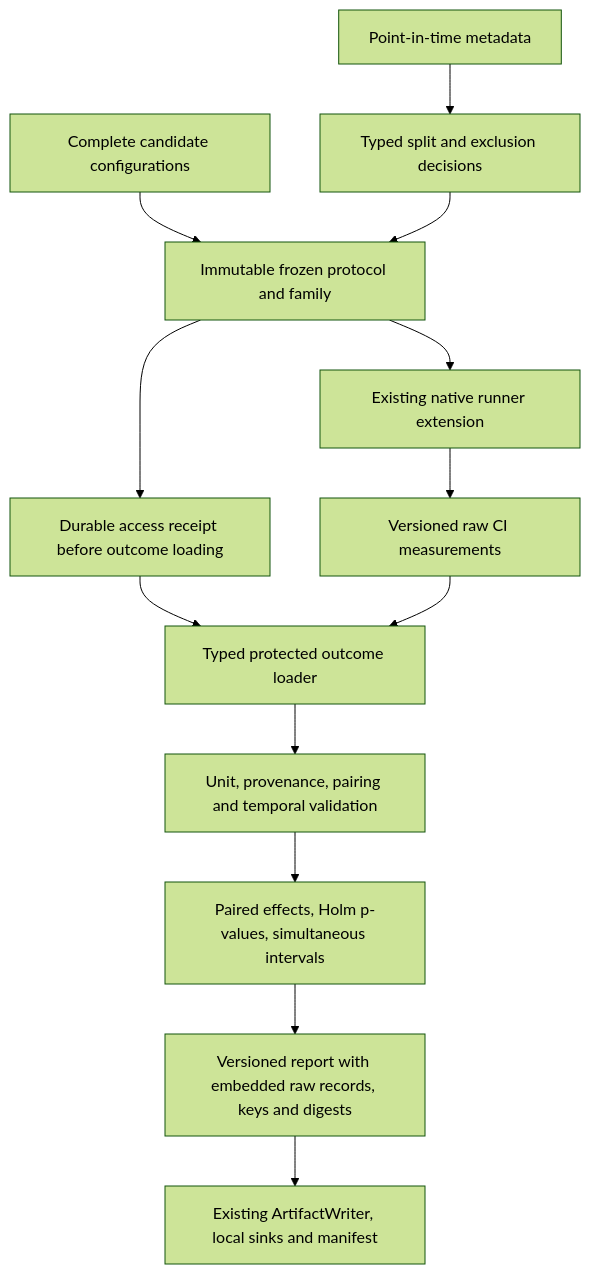
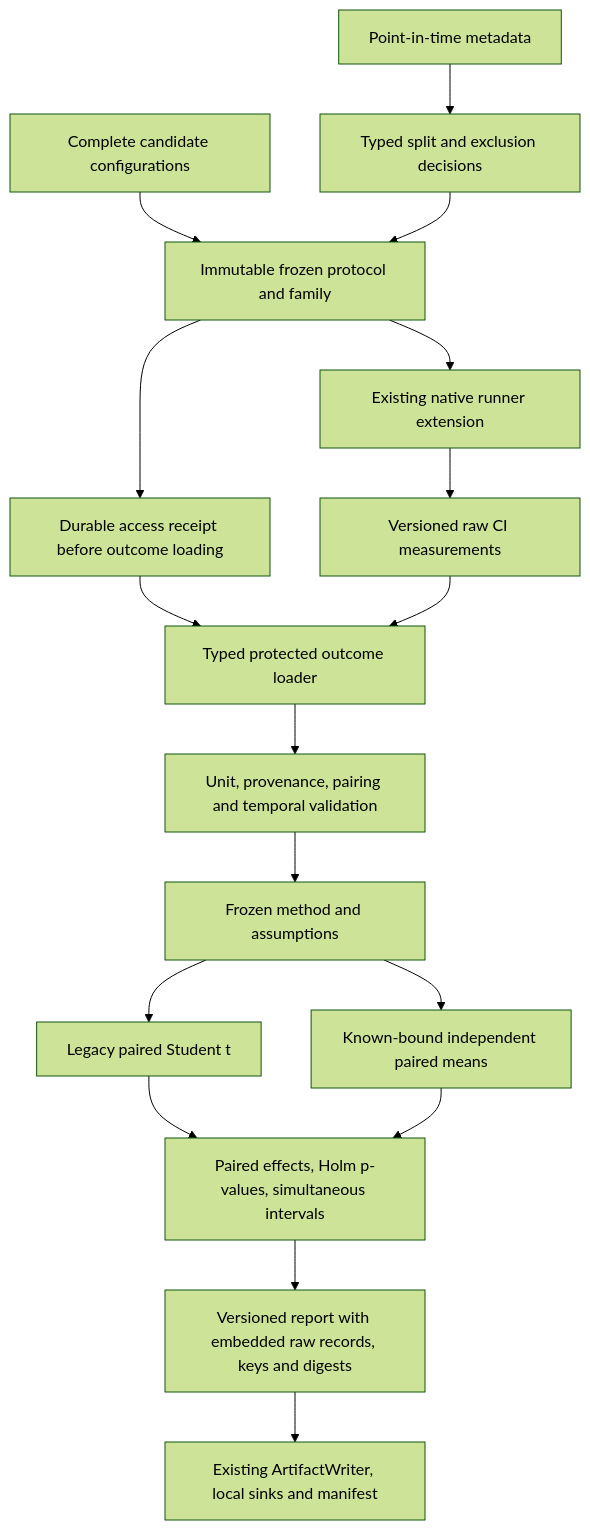
One commit to jacksonpradolima/coleman4hcs changed the diagram in docs/protected-evaluation.md. Above: the diagram before and after it, drawn with Mermaid (forest theme). The commit also changed other lines of this file and 16 other files, not shown here.

Commit message:
feat: add conservative bounded paired means to protected evaluation

````diff
--- a/docs/protected-evaluation.md
+++ b/docs/protected-evaluation.md
@@ -138,15 +143,19 @@
 ```mermaid
 flowchart TD
     Metadata[Point-in-time metadata] --> Split[Typed split and exclusion decisions]
     Candidates[Complete candidate configurations] --> Freeze[Immutable frozen protocol and family]
     Split --> Freeze
     Freeze --> Runner[Existing native runner extension]
     Runner --> Records[Versioned raw CI measurements]
     Freeze --> Reserve[Durable access receipt before outcome loading]
     Reserve --> Load[Typed protected outcome loader]
     Records --> Load
     Load --> Check[Unit, provenance, pairing and temporal validation]
-    Check --> Compare[Paired effects, Holm p-values, simultaneous intervals]
+    Check --> Method[Frozen method and assumptions]
+    Method --> Student[Legacy paired Student t]
+    Method --> Bounded[Known-bound independent paired means]
+    Student --> Compare[Paired effects, Holm p-values, simultaneous intervals]
+    Bounded --> Compare
     Compare --> Report[Versioned report with embedded raw records, keys and digests]
     Report --> Artifacts[Existing ArtifactWriter, local sinks and manifest]
 ```
````
